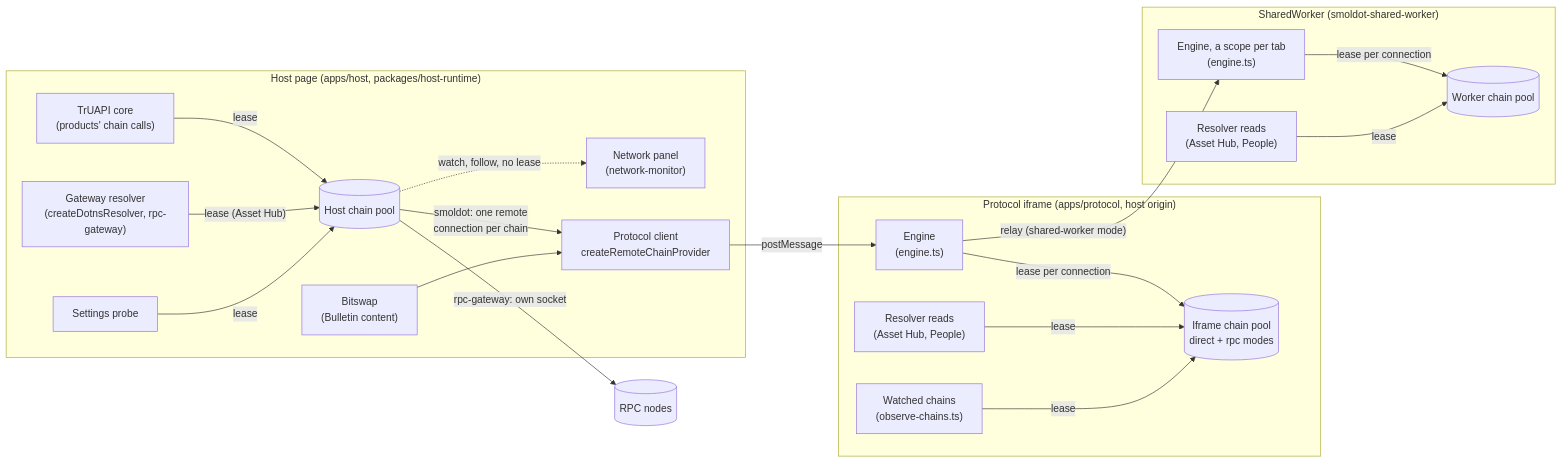
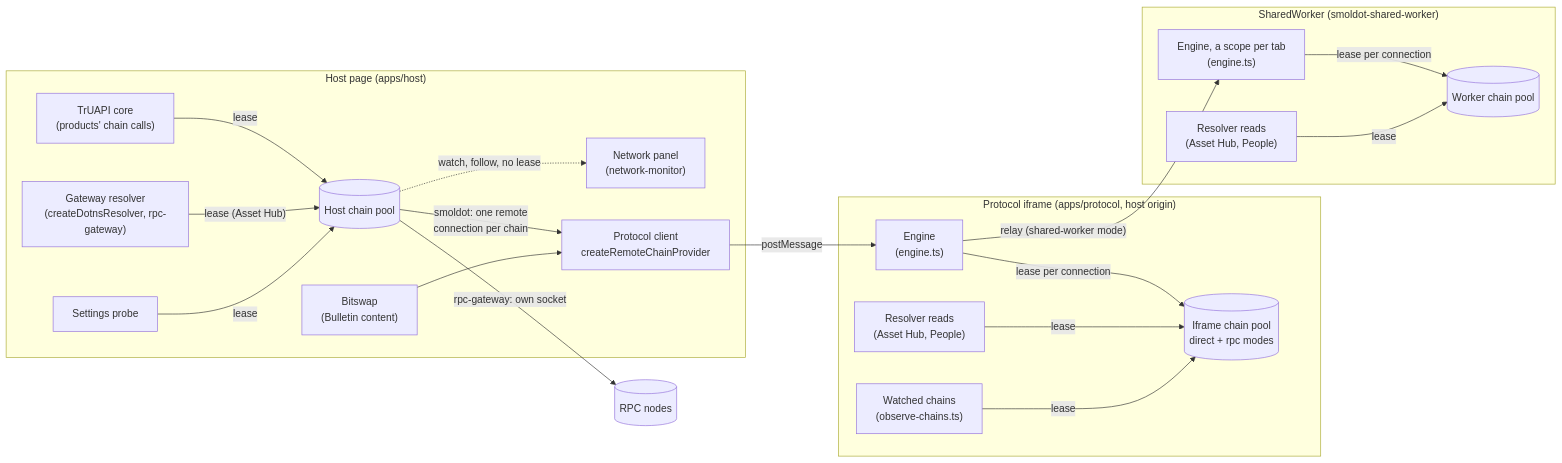
Before and after one commit to paritytech/dotli-community: the first of 7 diagrams in docs/chain-connections.md, drawn with Mermaid. The commit also changed other lines of this file and 515 other files, not shown here.

````diff
--- a/docs/chain-connections.md
+++ b/docs/chain-connections.md
@@ -36,42 +36,42 @@
 ```mermaid
 flowchart LR
-  subgraph Host["Host page (apps/host, packages/host-runtime)"]
+  subgraph Host["Host page (apps/host)"]
     Core["TrUAPI core<br/>(products' chain calls)"]
     RpcResolve["Gateway resolver<br/>(createDotnsResolver, rpc-gateway)"]
     Panel["Network panel<br/>(network-monitor)"]
     Probe["Settings probe"]
     Bitswap["Bitswap<br/>(Bulletin content)"]
     Client["Protocol client<br/>createRemoteChainProvider"]
     HostPool[("Host chain pool")]
   end
 
   subgraph Iframe["Protocol iframe (apps/protocol, host origin)"]
     Engine["Engine<br/>(engine.ts)"]
     IframePool[("Iframe chain pool<br/>direct + rpc modes")]
     Resolver["Resolver reads<br/>(Asset Hub, People)"]
     Observe["Watched chains<br/>(observe-chains.ts)"]
   end
 
   subgraph Worker["SharedWorker (smoldot-shared-worker)"]
     Sessions["Engine, a scope per tab<br/>(engine.ts)"]
     WorkerPool[("Worker chain pool")]
     WResolver["Resolver reads<br/>(Asset Hub, People)"]
   end
 
   Nodes[("RPC nodes")]
 
   Core -- lease --> HostPool
   RpcResolve -- "lease (Asset Hub)" --> HostPool
   HostPool -.->|"watch, follow, no lease"| Panel
   Probe -- lease --> HostPool
   HostPool -- "rpc-gateway: own socket" --> Nodes
   HostPool -- "smoldot: one remote<br/>connection per chain" --> Client
   Bitswap --> Client
   Client -- postMessage --> Engine
   Engine -- "lease per connection" --> IframePool
   Resolver -- lease --> IframePool
   Observe -- lease --> IframePool
   Engine -- "relay (shared-worker mode)" --> Sessions
   Sessions -- "lease per connection" --> WorkerPool
   WResolver -- lease --> WorkerPool
 ```
````
